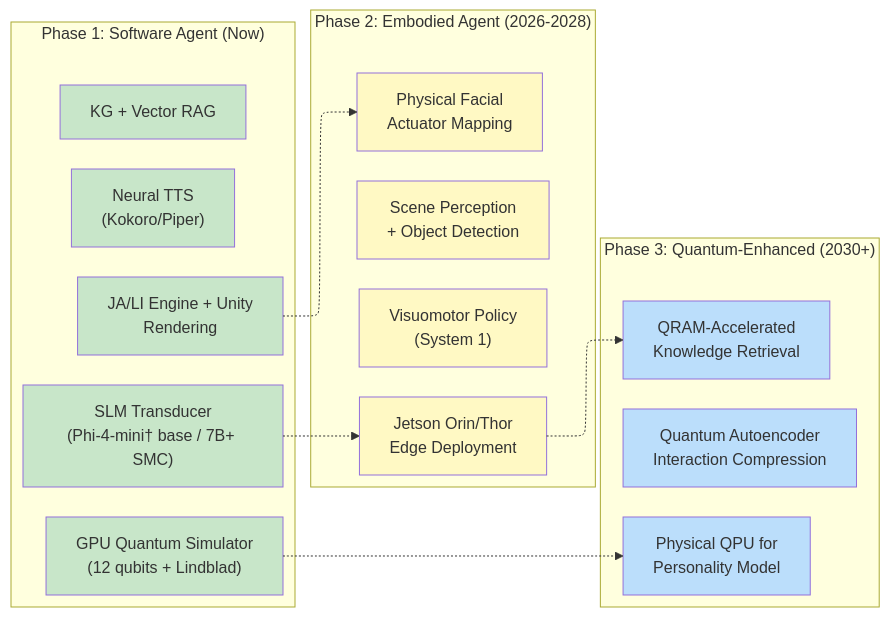
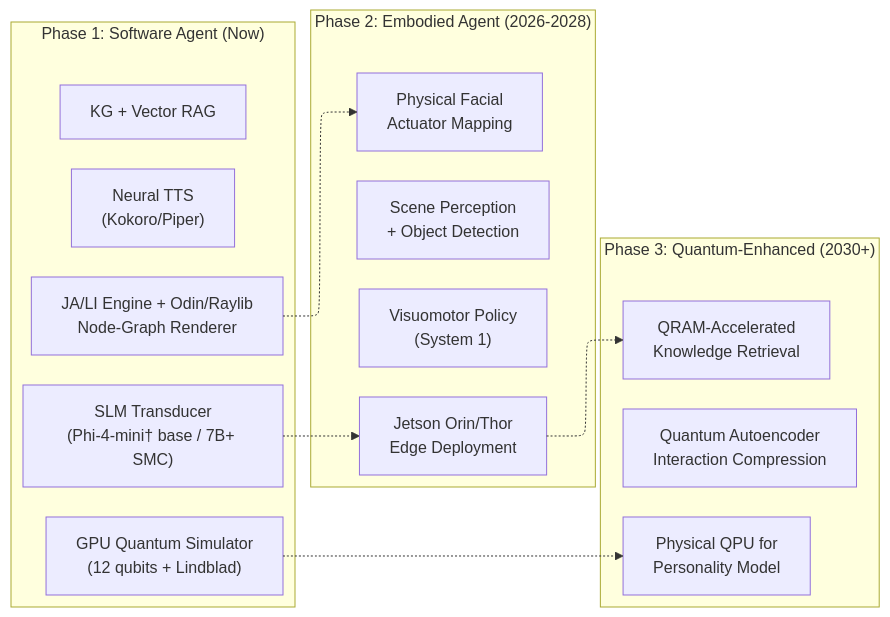
Diagram 17 of 18 in Centaurian_Hybrid_Architecture_v3.md (JustForCodin/Centaurian_Architecture_Implementation), drawn with Mermaid before and after one commit. The commit also changed other lines of this file, not shown here.

First line of the commit message:
v3 paper: node-graph rendering, Phase 1/2 domain split, persona-coherence reframe

````diff
--- a/Centaurian_Hybrid_Architecture_v3.md
+++ b/Centaurian_Hybrid_Architecture_v3.md
@@ -2271,38 +2248,26 @@
 ```mermaid
 %%{init: {"flowchart": {"defaultRenderer": "elk"}} }%%
 graph LR
     subgraph "Phase 1: Software Agent (Now)"
         P1A["GPU Quantum Simulator<br/>(12 qubits + Lindblad)"]
         P1B["SLM Transducer<br/>(Phi-4-mini† base / 7B+ SMC)"]
         P1C["Neural TTS<br/>(Kokoro/Piper)"]
-        P1D["JA/LI Engine + Unity<br/>Rendering"]
+        P1D["JA/LI Engine + Odin/Raylib<br/>Node-Graph Renderer"]
         P1E["KG + Vector RAG"]
     end
     subgraph "Phase 2: Embodied Agent (2026-2028)"
         P2A["Jetson Orin/Thor<br/>Edge Deployment"]
         P2B["Visuomotor Policy<br/>(System 1)"]
         P2C["Physical Facial<br/>Actuator Mapping"]
         P2D["Scene Perception<br/>+ Object Detection"]
     end
     subgraph "Phase 3: Quantum-Enhanced (2030+)"
         P3A["Physical QPU for<br/>Personality Model"]
         P3B["QRAM-Accelerated<br/>Knowledge Retrieval"]
         P3C["Quantum Autoencoder<br/>Interaction Compression"]
     end
     P1A -.-> P3A
     P1B -.-> P2A
     P1D -.-> P2C
     P2A -.-> P3B
-    style P1A fill:#c8e6c9
-    style P1B fill:#c8e6c9
-    style P1C fill:#c8e6c9
-    style P1D fill:#c8e6c9
-    style P1E fill:#c8e6c9
-    style P2A fill:#fff9c4
-    style P2B fill:#fff9c4
-    style P2C fill:#fff9c4
-    style P2D fill:#fff9c4
-    style P3A fill:#bbdefb
-    style P3B fill:#bbdefb
-    style P3C fill:#bbdefb
 ```
````
